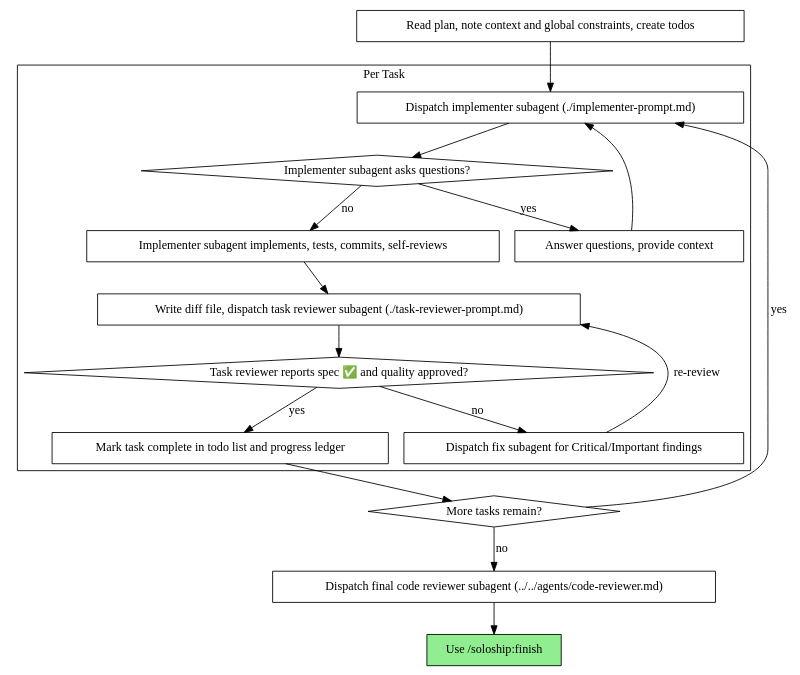
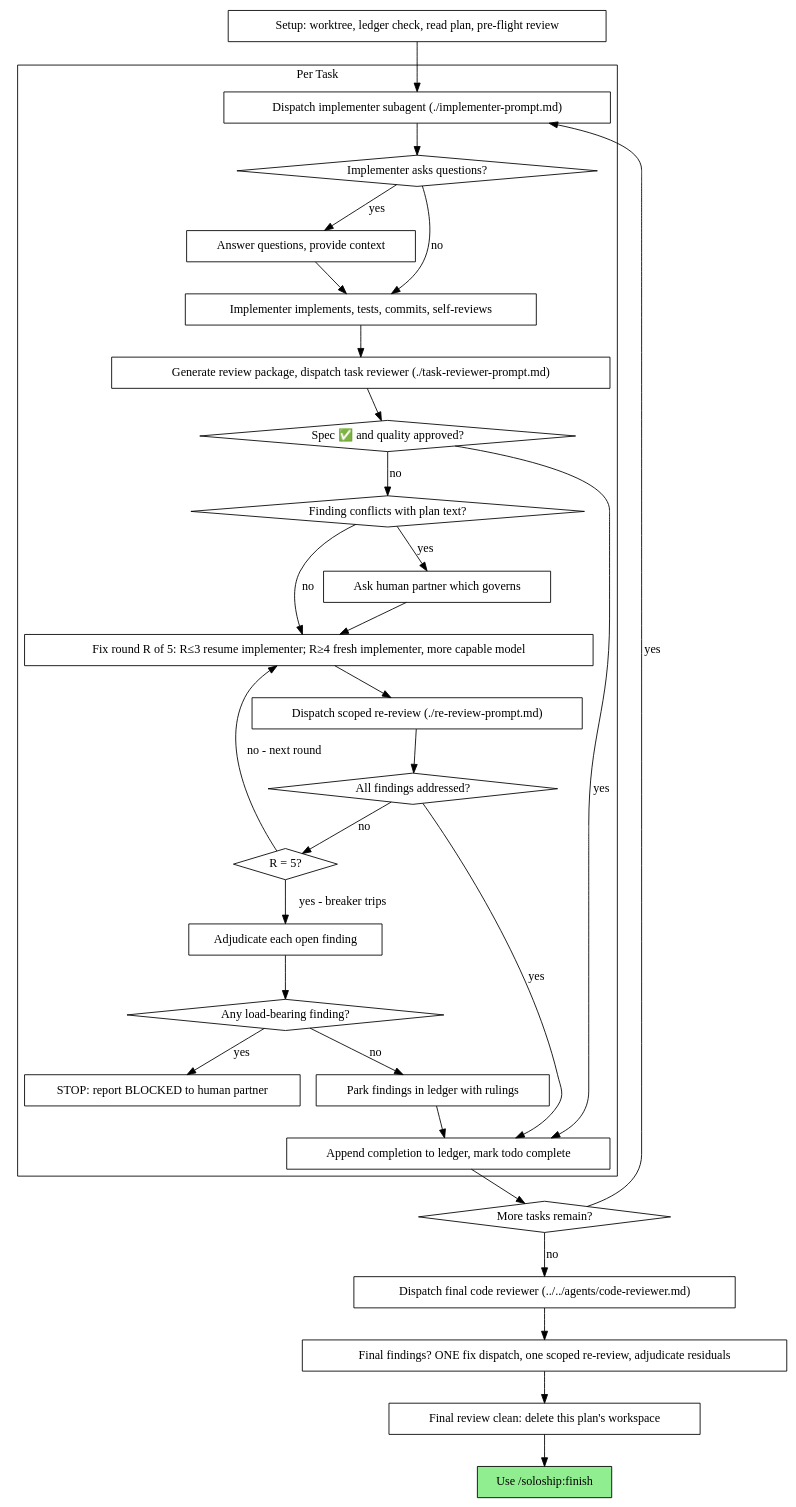
One commit to thedigitalorganizer/soloship changed the second of 2 diagrams in skills/subagent-driven-development/SKILL.md. Above: the diagram before and after it, drawn with Graphviz. The commit also changed other lines of this file and 6 other files, not shown here.

````diff
--- a/skills/subagent-driven-development/SKILL.md
+++ b/skills/subagent-driven-development/SKILL.md
@@ -53,37 +53,62 @@
 ```dot
 digraph process {
     rankdir=TB;
 
     subgraph cluster_per_task {
         label="Per Task";
         "Dispatch implementer subagent (./implementer-prompt.md)" [shape=box];
-        "Implementer subagent asks questions?" [shape=diamond];
+        "Implementer asks questions?" [shape=diamond];
         "Answer questions, provide context" [shape=box];
-        "Implementer subagent implements, tests, commits, self-reviews" [shape=box];
-        "Write diff file, dispatch task reviewer subagent (./task-reviewer-prompt.md)" [shape=box];
-        "Task reviewer reports spec ✅ and quality approved?" [shape=diamond];
-        "Dispatch fix subagent for Critical/Important findings" [shape=box];
-        "Mark task complete in todo list and progress ledger" [shape=box];
+        "Implementer implements, tests, commits, self-reviews" [shape=box];
+        "Generate review package, dispatch task reviewer (./task-reviewer-prompt.md)" [shape=box];
+        "Spec ✅ and quality approved?" [shape=diamond];
+        "Finding conflicts with plan text?" [shape=diamond];
+        "Ask human partner which governs" [shape=box];
+        "Fix round R of 5: R≤3 resume implementer; R≥4 fresh implementer, more capable model" [shape=box];
+        "Dispatch scoped re-review (./re-review-prompt.md)" [shape=box];
+        "All findings addressed?" [shape=diamond];
+        "R = 5?" [shape=diamond];
+        "Adjudicate each open finding" [shape=box];
+        "Any load-bearing finding?" [shape=diamond];
+        "STOP: report BLOCKED to human partner" [shape=box];
+        "Park findings in ledger with rulings" [shape=box];
+        "Append completion to ledger, mark todo complete" [shape=box];
     }
 
-    "Read plan, note context and global constraints, create todos" [shape=box];
+    "Setup: worktree, ledger check, read plan, pre-flight review" [shape=box];
     "More tasks remain?" [shape=diamond];
-    "Dispatch final code reviewer subagent (../../agents/code-reviewer.md)" [shape=box];
+    "Dispatch final code reviewer (../../agents/code-reviewer.md)" [shape=box];
+    "Final findings? ONE fix dispatch, one scoped re-review, adjudicate residuals" [shape=box];
+    "Final review clean: delete this plan's workspace" [shape=box];
     "Use /soloship:finish" [shape=box style=filled fillcolor=lightgreen];
 
-    "Read plan, note context and global constraints, create todos" -> "Dispatch implementer subagent (./implementer-prompt.md)";
-    "Dispatch implementer subagent (./implementer-prompt.md)" -> "Implementer subagent asks questions?";
-    "Implementer subagent asks questions?" -> "Answer questions, provide context" [label="yes"];
-    "Answer questions, provide context" -> "Dispatch implementer subagent (./implementer-prompt.md)";
-    "Implementer subagent asks questions?" -> "Implementer subagent implements, tests, commits, self-reviews" [label="no"];
-    "Implementer subagent implements, tests, commits, self-reviews" -> "Write diff file, dispatch task reviewer subagent (./task-reviewer-prompt.md)";
-    "Write diff file, dispatch task reviewer subagent (./task-reviewer-prompt.md)" -> "Task reviewer reports spec ✅ and quality approved?";
-    "Task reviewer reports spec ✅ and quality approved?" -> "Dispatch fix subagent for Critical/Important findings" [label="no"];
-    "Dispatch fix subagent for Critical/Important findings" -> "Write diff file, dispatch task reviewer subagent (./task-reviewer-prompt.md)" [label="re-review"];
-    "Task reviewer reports spec ✅ and quality approved?" -> "Mark task complete in todo list and progress ledger" [label="yes"];
-    "Mark task complete in todo list and progress ledger" -> "More tasks remain?";
+    "Setup: worktree, ledger check, read plan, pre-flight review" -> "Dispatch implementer subagent (./implementer-prompt.md)";
+    "Dispatch implementer subagent (./implementer-prompt.md)" -> "Implementer asks questions?";
+    "Implementer asks questions?" -> "Answer questions, provide context" [label="yes"];
+    "Answer questions, provide context" -> "Implementer implements, tests, commits, self-reviews";
+    "Implementer asks questions?" -> "Implementer implements, tests, commits, self-reviews" [label="no"];
+    "Implementer implements, tests, commits, self-reviews" -> "Generate review package, dispatch task reviewer (./task-reviewer-prompt.md)";
+    "Generate review package, dispatch task reviewer (./task-reviewer-prompt.md)" -> "Spec ✅ and quality approved?";
+    "Spec ✅ and quality approved?" -> "Append completion to ledger, mark todo complete" [label="yes"];
+    "Spec ✅ and quality approved?" -> "Finding conflicts with plan text?" [label="no"];
+    "Finding conflicts with plan text?" -> "Ask human partner which governs" [label="yes"];
+    "Ask human partner which governs" -> "Fix round R of 5: R≤3 resume implementer; R≥4 fresh implementer, more capable model";
+    "Finding conflicts with plan text?" -> "Fix round R of 5: R≤3 resume implementer; R≥4 fresh implementer, more capable model" [label="no"];
+    "Fix round R of 5: R≤3 resume implementer; R≥4 fresh implementer, more capable model" -> "Dispatch scoped re-review (./re-review-prompt.md)";
+    "Dispatch scoped re-review (./re-review-prompt.md)" -> "All findings addressed?";
+    "All findings addressed?" -> "Append completion to ledger, mark todo complete" [label="yes"];
+    "All findings addressed?" -> "R = 5?" [label="no"];
+    "R = 5?" -> "Fix round R of 5: R≤3 resume implementer; R≥4 fresh implementer, more capable model" [label="no - next round"];
+    "R = 5?" -> "Adjudicate each open finding" [label="yes - breaker trips"];
+    "Adjudicate each open finding" -> "Any load-bearing finding?";
+    "Any load-bearing finding?" -> "STOP: report BLOCKED to human partner" [label="yes"];
+    "Any load-bearing finding?" -> "Park findings in ledger with rulings" [label="no"];
+    "Park findings in ledger with rulings" -> "Append completion to ledger, mark todo complete";
+    "Append completion to ledger, mark todo complete" -> "More tasks remain?";
     "More tasks remain?" -> "Dispatch implementer subagent (./implementer-prompt.md)" [label="yes"];
-    "More tasks remain?" -> "Dispatch final code reviewer subagent (../../agents/code-reviewer.md)" [label="no"];
-    "Dispatch final code reviewer subagent (../../agents/code-reviewer.md)" -> "Use /soloship:finish";
+    "More tasks remain?" -> "Dispatch final code reviewer (../../agents/code-reviewer.md)" [label="no"];
+    "Dispatch final code reviewer (../../agents/code-reviewer.md)" -> "Final findings? ONE fix dispatch, one scoped re-review, adjudicate residuals";
+    "Final findings? ONE fix dispatch, one scoped re-review, adjudicate residuals" -> "Final review clean: delete this plan's workspace";
+    "Final review clean: delete this plan's workspace" -> "Use /soloship:finish";
 }
 ```
````
